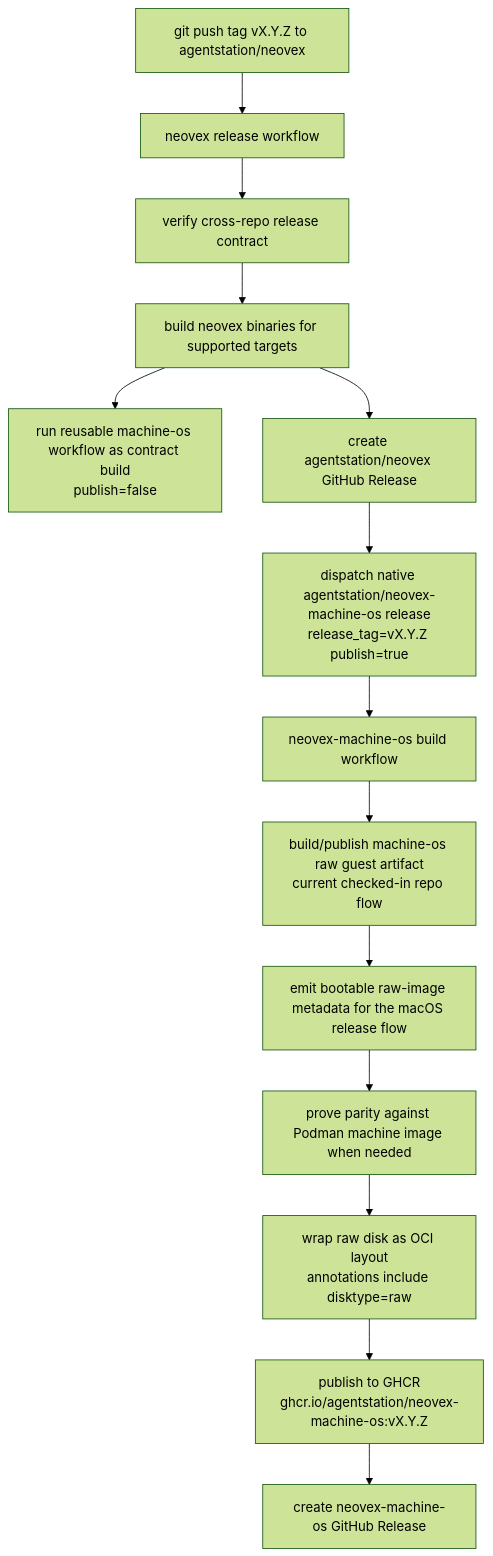
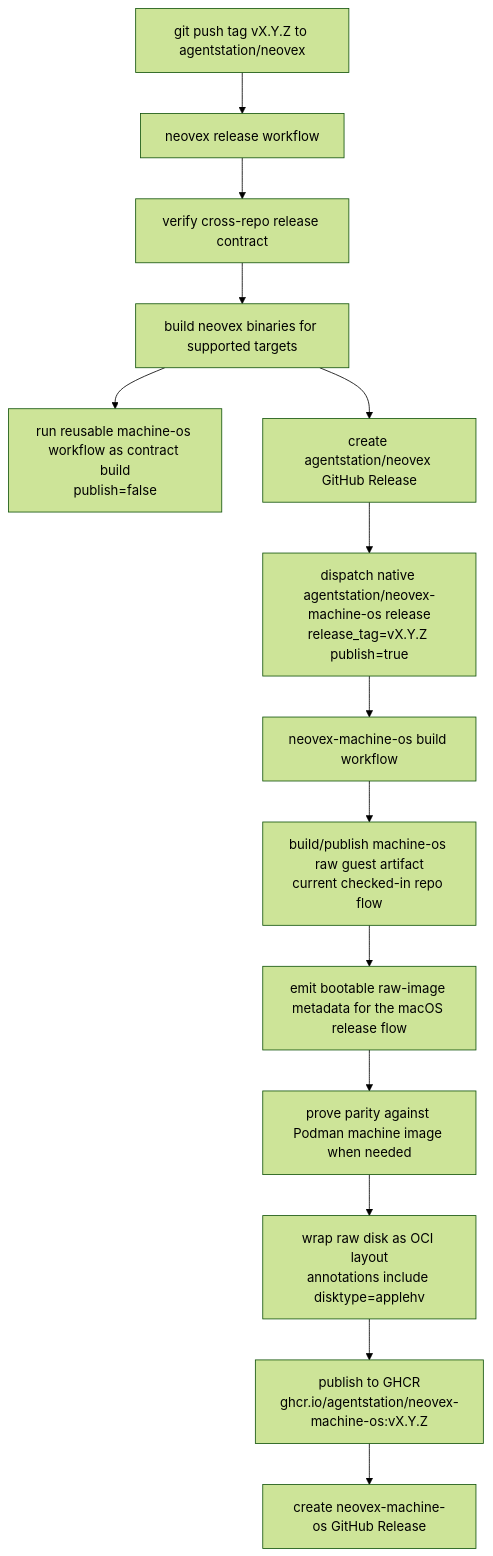
Before and after one commit to nimbus/nimbus: the first of 6 diagrams in docs/reference/macos-machine-flow.md, drawn with Mermaid (forest theme). The commit also changed other lines of this file and 24 other files, not shown here.

````diff
--- a/docs/reference/macos-machine-flow.md
+++ b/docs/reference/macos-machine-flow.md
@@ -65,16 +65,16 @@
 ```mermaid
 flowchart TD
     A["git push tag vX.Y.Z to agentstation/neovex"] --> B["neovex release workflow"]
     B --> C["verify cross-repo release contract"]
     C --> D["build neovex binaries for supported targets"]
     D --> E["run reusable machine-os workflow as contract build<br/>publish=false"]
     D --> F["create agentstation/neovex GitHub Release"]
     F --> G["dispatch native agentstation/neovex-machine-os release<br/>release_tag=vX.Y.Z publish=true"]
     G --> H["neovex-machine-os build workflow"]
     H --> I["build/publish machine-os raw guest artifact<br/>current checked-in repo flow"]
     I --> J["emit bootable raw-image metadata for the macOS release flow"]
     J --> K["prove parity against Podman machine image when needed"]
-    K --> L["wrap raw disk as OCI layout<br/>annotations include disktype=raw"]
+    K --> L["wrap raw disk as OCI layout<br/>annotations include disktype=applehv"]
     L --> M["publish to GHCR<br/>ghcr.io/agentstation/neovex-machine-os:vX.Y.Z"]
     M --> N["create neovex-machine-os GitHub Release"]
 ```
````
